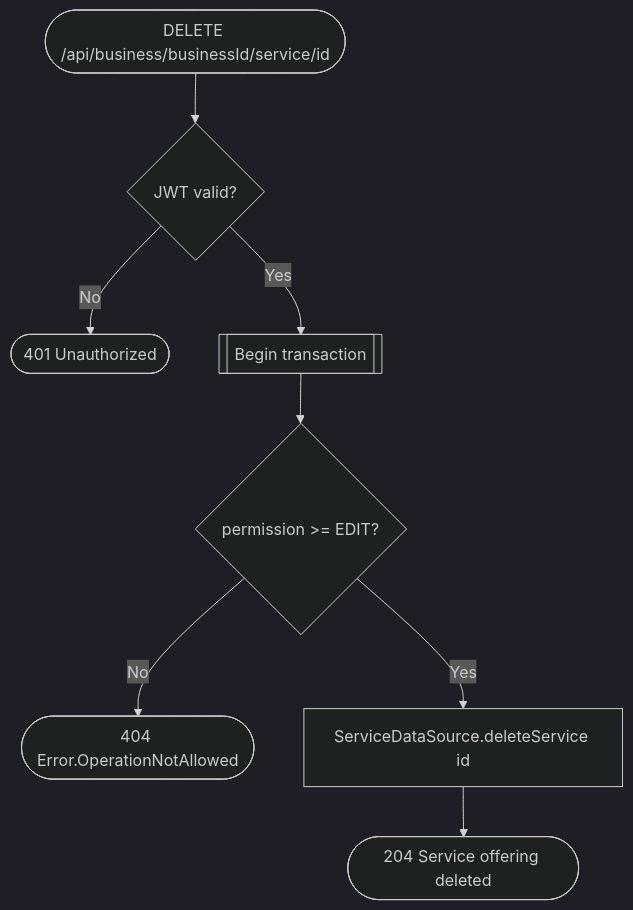
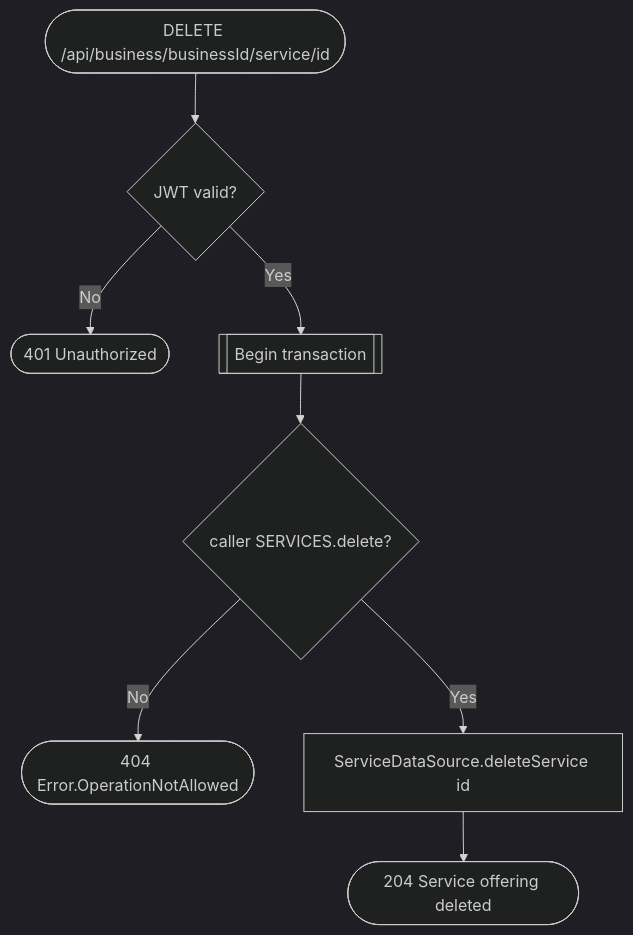
One commit to an22/bookk.me-backend changed the diagram in docs/operations/business/delete-service.md. Above: the diagram before and after it, drawn with Mermaid (dark theme). The commit also changed 157 other files, not shown here.

````diff
--- a/docs/operations/business/delete-service.md
+++ b/docs/operations/business/delete-service.md
@@ -5,10 +5,10 @@
 ```mermaid
 flowchart TD
     Start([DELETE /api/business/businessId/service/id]) --> Auth{JWT valid?}
     Auth -- No --> R401([401 Unauthorized])
     Auth -- Yes --> Tx[[Begin transaction]]
-    Tx --> Perm{permission >= EDIT?}
+    Tx --> Perm{caller SERVICES.delete?}
     Perm -- No --> R404([404 Error.OperationNotAllowed])
     Perm -- Yes --> Delete[ServiceDataSource.deleteService id]
     Delete --> R204([204 Service offering deleted])
 ```
````
